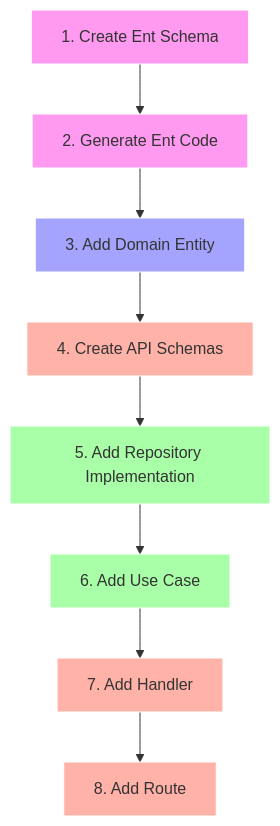
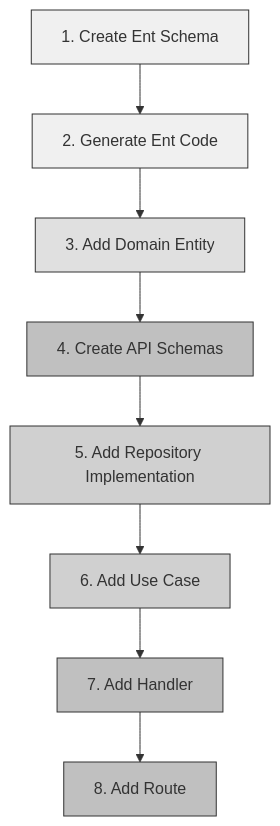
One commit to ohta-rh/go-backend-boilerplate changed the third of 6 diagrams in README.md. Above: the diagram before and after it, drawn with Mermaid. The commit also changed other lines of this file, not shown here.

````diff
--- a/README.md
+++ b/README.md
@@ -159,20 +159,20 @@
 ```mermaid
 flowchart TD
     A[1. Create Ent Schema] --> B[2. Generate Ent Code]
     B --> C[3. Add Domain Entity]
     C --> D[4. Create API Schemas]
     D --> E[5. Add Repository Implementation]
     E --> F[6. Add Use Case]
     F --> G[7. Add Handler]
     G --> H[8. Add Route]
     
-    classDef schema fill:#ff9af0,stroke:#fff,stroke-width:1px;
-    classDef domain fill:#a4a4ff,stroke:#fff,stroke-width:1px;
-    classDef impl fill:#a8ffa8,stroke:#fff,stroke-width:1px;
-    classDef api fill:#ffb2a8,stroke:#fff,stroke-width:1px;
+    classDef schema fill:#f0f0f0,stroke:#333,stroke-width:1px;
+    classDef domain fill:#e0e0e0,stroke:#333,stroke-width:1px;
+    classDef impl fill:#d0d0d0,stroke:#333,stroke-width:1px;
+    classDef api fill:#c0c0c0,stroke:#333,stroke-width:1px;
     
     class A,B schema;
     class C domain;
     class D,G,H api;
     class E,F impl;
 ```
````
